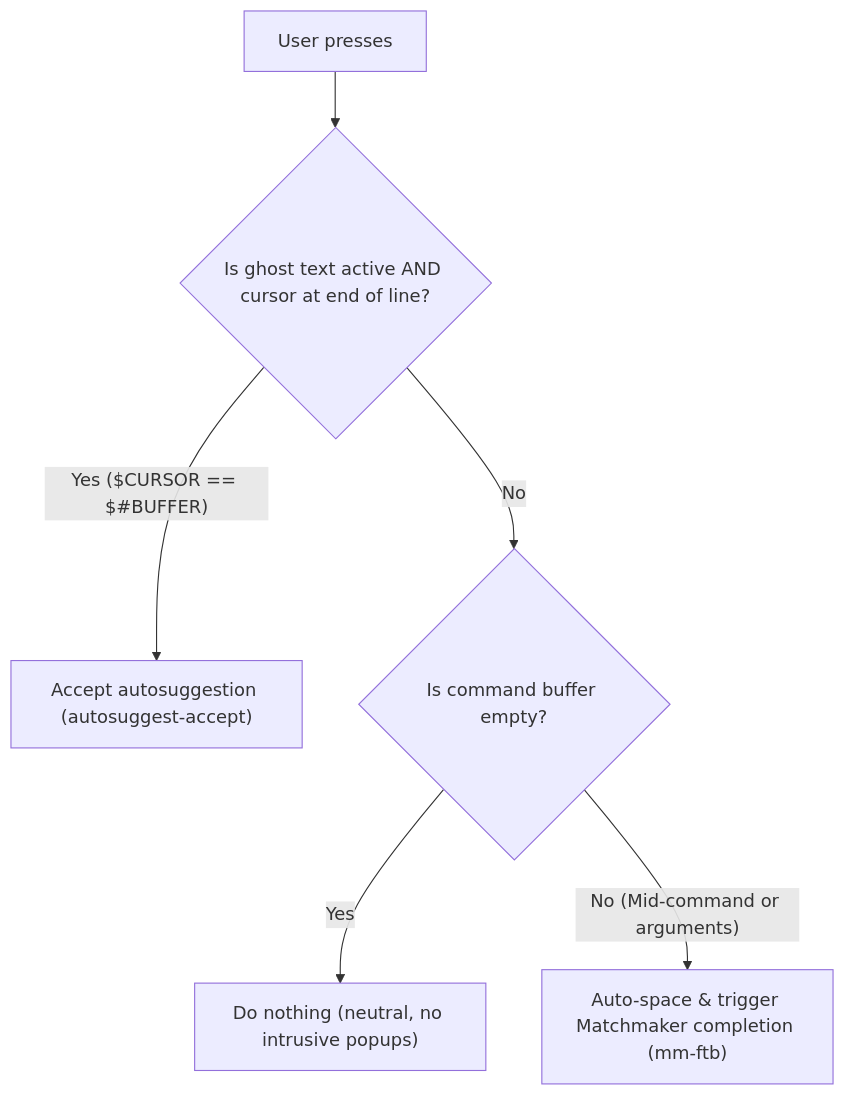
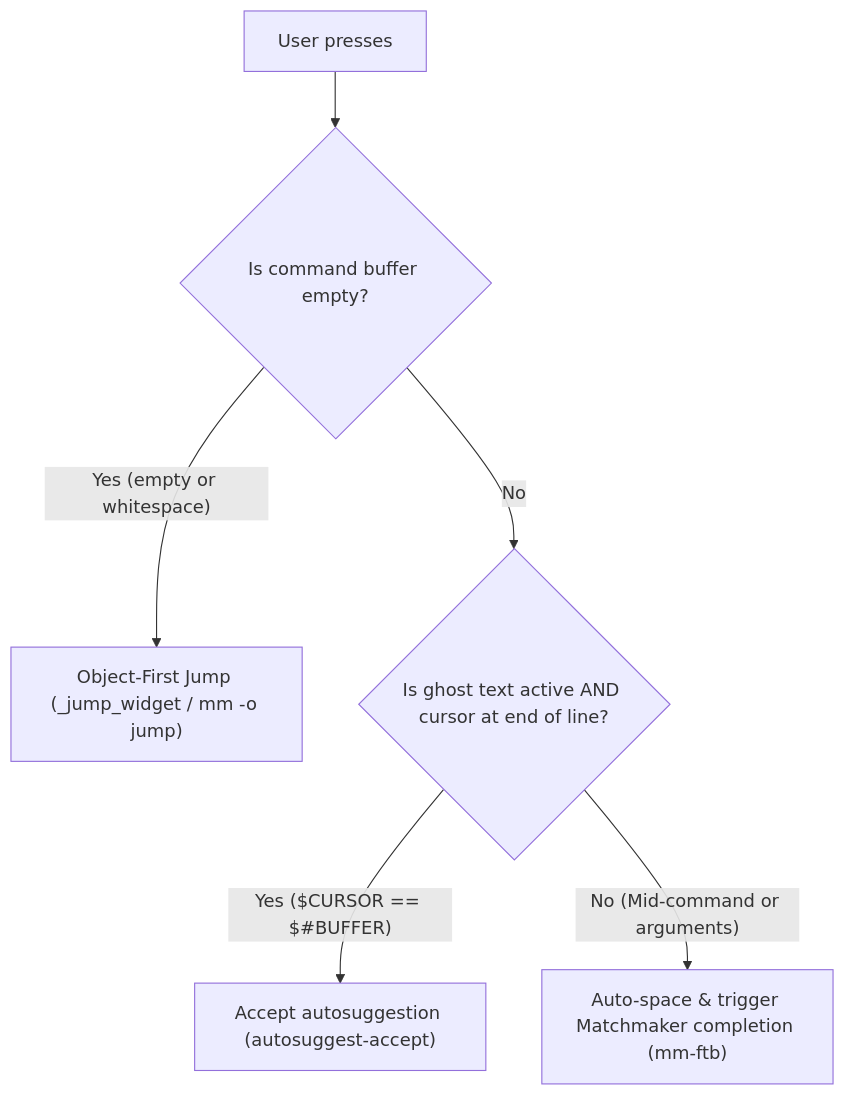
The first of 2 diagrams in docs/shell/completion.md (fcmiranda/.dotfiles), drawn with Mermaid before and after one commit. The commit also changed other lines of this file and 10 other files, not shown here.

````diff
--- a/docs/shell/completion.md
+++ b/docs/shell/completion.md
@@ -11,8 +11,8 @@
 ```mermaid
 flowchart TD
-    A["User presses <Tab>"] --> B{"Is ghost text active AND cursor at end of line?"}
-    B -- "Yes ($CURSOR == $#BUFFER)" --> C["Accept autosuggestion (autosuggest-accept)"]
-    B -- "No" --> D{"Is command buffer empty?"}
-    D -- "Yes" --> E["Do nothing (neutral, no intrusive popups)"]
+    A["User presses <Tab>"] --> B{"Is command buffer empty?"}
+    B -- "Yes (empty or whitespace)" --> C["Object-First Jump (_jump_widget / mm -o jump)"]
+    B -- "No" --> D{"Is ghost text active AND cursor at end of line?"}
+    D -- "Yes ($CURSOR == $#BUFFER)" --> E["Accept autosuggestion (autosuggest-accept)"]
     D -- "No (Mid-command or arguments)" --> F["Auto-space & trigger Matchmaker completion (mm-ftb)"]
 ```
````
